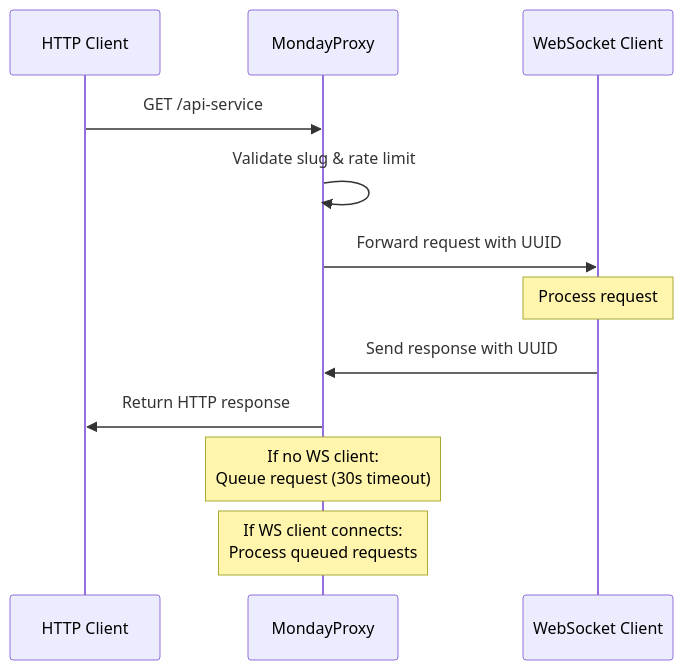
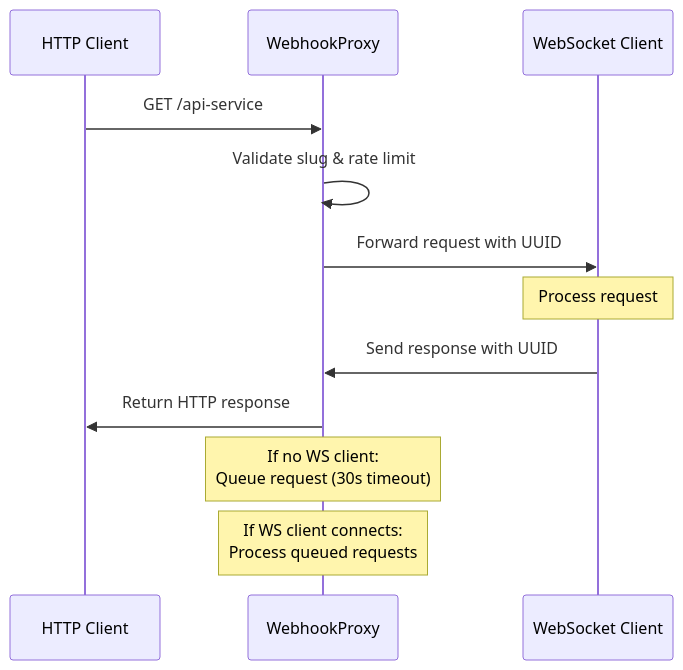
One commit to jabcom/webhookproxy changed the second of 2 diagrams in README.md. Above: the diagram before and after it, drawn with Mermaid. The commit also changed other lines of this file and 9 other files, not shown here.

Commit message:
Rename project from MondayProxy to WebhookProxy, updating all relevant configurations, documentation, and code references to reflect the new name.

````diff
--- a/README.md
+++ b/README.md
@@ -37,16 +37,16 @@
 ```mermaid
 sequenceDiagram
     participant C as HTTP Client
-    participant P as MondayProxy
+    participant P as WebhookProxy
     participant WS as WebSocket Client
     
     C->>P: GET /api-service
     P->>P: Validate slug & rate limit
     P->>WS: Forward request with UUID
     Note over WS: Process request
     WS->>P: Send response with UUID
     P->>C: Return HTTP response
     
     Note over P: If no WS client:<br/>Queue request (30s timeout)
     Note over P: If WS client connects:<br/>Process queued requests
 ```
````
